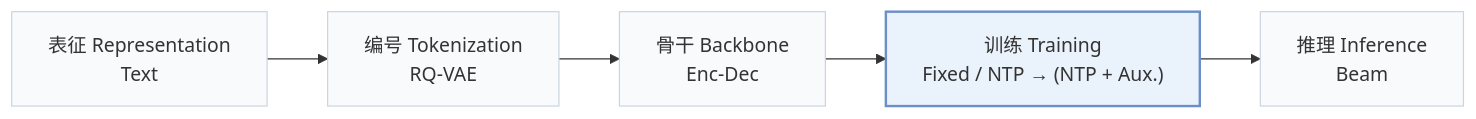
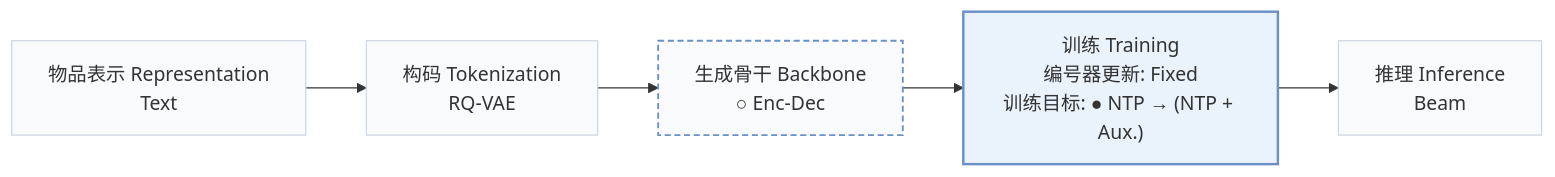
Before and after one commit to Galaxy-ghost/Awesome-SID-Generative-Rec: the first of 2 diagrams in pages/zh/papers/reger.md, drawn with Mermaid. The commit also changed other lines of this file and 558 other files, not shown here.

````diff
--- a/pages/zh/papers/reger.md
+++ b/pages/zh/papers/reger.md
@@ -15,8 +18,10 @@
 ```mermaid
 flowchart LR
-    R["表征 Representation<br/>Text"] --> T["编号 Tokenization<br/>RQ-VAE"] --> B["骨干 Backbone<br/>Enc-Dec"] --> TR["训练 Training<br/>Fixed / NTP → (NTP + Aux.)"] --> I["推理 Inference<br/>Beam"]
+    R["物品表示 Representation<br/>Text"] --> T["构码 Tokenization<br/>RQ-VAE"] --> B["生成骨干 Backbone<br/>○ Enc-Dec"] --> TR["训练 Training<br/>编号器更新: Fixed<br/>训练目标: ● NTP → (NTP + Aux.)"] --> I["推理 Inference<br/>Beam"]
     classDef base fill:#f8fafc,stroke:#cbd5e1
     class R,T,B,TR,I base
+    classDef other fill:#f8fafc,stroke:#6b8fc7,stroke-width:1.5px,stroke-dasharray:5 3
+    class B other
     classDef main fill:#eaf2fb,stroke:#6b8fc7,stroke-width:2px
     class TR main
 ```
````
